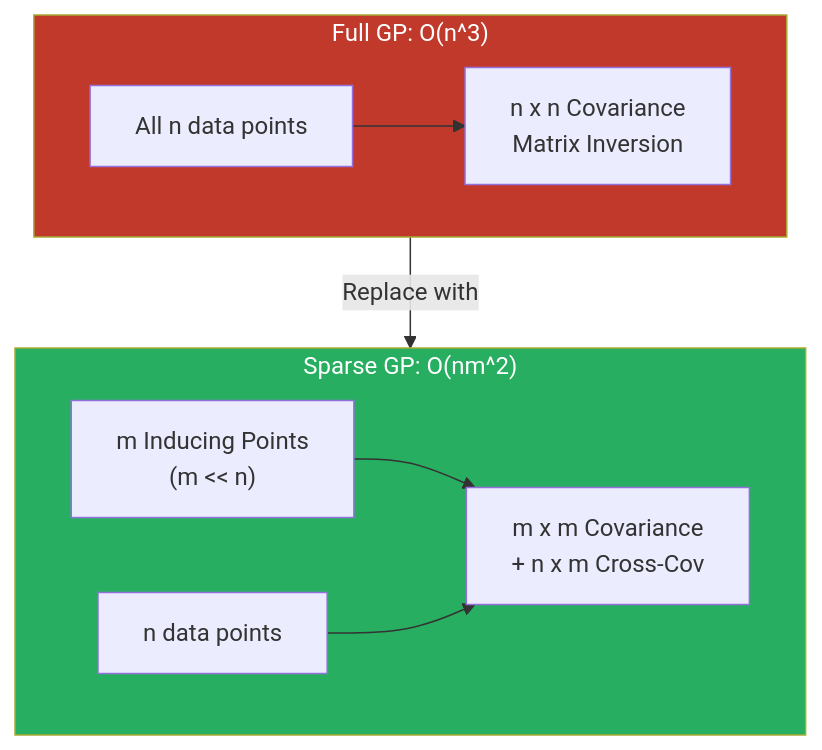
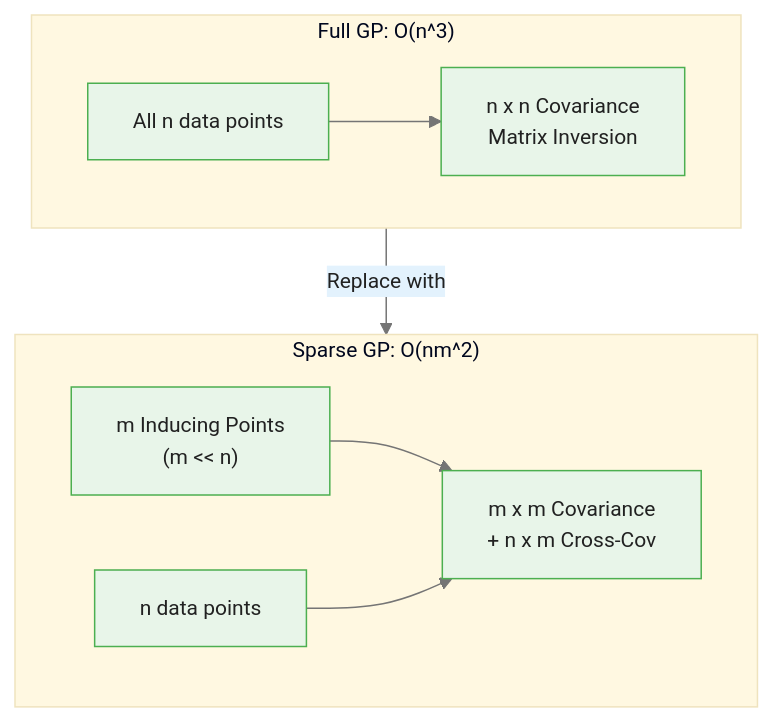
The first of 5 diagrams in courses/bayesian-commodity-forecasting/modules/module_05_gaussian_processes/guides/03_sparse_approximations_slides.md (m-deane/course-creator), drawn with Mermaid before and after one commit. The commit also changed other lines of this file and 104 other files, not shown here.

````diff
--- a/courses/bayesian-commodity-forecasting/modules/module_05_gaussian_processes/guides/03_sparse_approximations_slides.md
+++ b/courses/bayesian-commodity-forecasting/modules/module_05_gaussian_processes/guides/03_sparse_approximations_slides.md
@@ -44,13 +52,12 @@
 ```mermaid
+%%{init: {"theme": "base", "themeVariables": {"primaryColor": "#e8f5e9", "primaryBorderColor": "#4caf50", "primaryTextColor": "#212121", "secondaryColor": "#e3f2fd", "tertiaryColor": "#fff8e1", "lineColor": "#757575", "fontFamily": "Inter, sans-serif", "fontSize": "14px"}}}%%
 flowchart TD
     subgraph Full["Full GP: O(n^3)"]
         ALL["All n data points"] --> COV["n x n Covariance\nMatrix Inversion"]
     end
     subgraph Sparse["Sparse GP: O(nm^2)"]
         IND["m Inducing Points\n(m << n)"] --> SCOV["m x m Covariance\n+ n x m Cross-Cov"]
         DATA["n data points"] --> SCOV
     end
     Full -->|"Replace with"| Sparse
-    style Full fill:#c0392b,color:#fff
-    style Sparse fill:#27ae60,color:#fff
 ```
````
